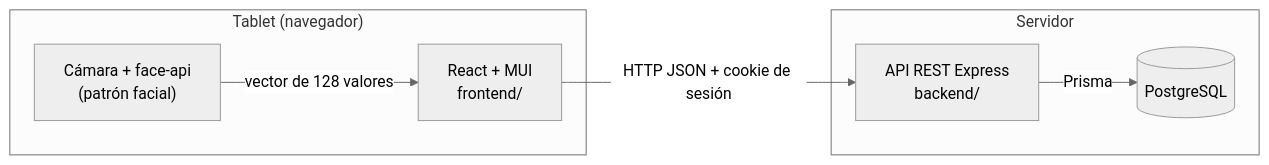
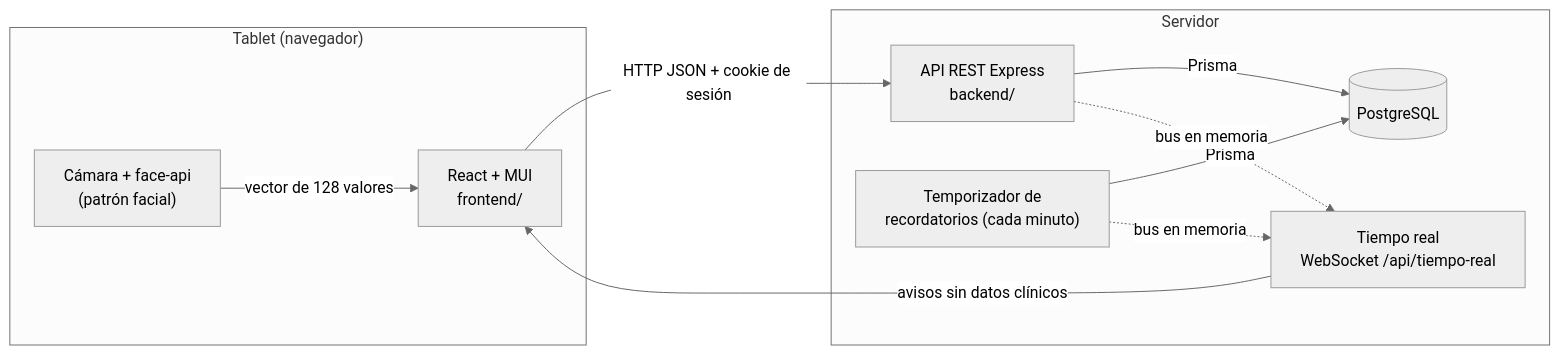
Before and after one commit to Ignacio-dev0/SGSM-RC: the diagram in docs/arquitectura.md, drawn with Mermaid (neutral theme). The commit also changed other lines of this file and 4 other files, not shown here.

Commit message:
docs(recordatorios): ciclo, tiempo real, reconexión ante 4001 y decisiones D20–D25

````diff
--- a/docs/arquitectura.md
+++ b/docs/arquitectura.md
@@ -3,14 +3,20 @@
 ```mermaid
 flowchart LR
   subgraph Tablet["Tablet (navegador)"]
     UI["React + MUI<br/>frontend/"]
     CAM["Cámara + face-api<br/>(patrón facial)"]
   end
   subgraph Servidor
     API["API REST Express<br/>backend/"]
+    WS["Tiempo real<br/>WebSocket /api/tiempo-real"]
+    TMP["Temporizador de<br/>recordatorios (cada minuto)"]
     DB[("PostgreSQL")]
   end
   UI -- "HTTP JSON + cookie de sesión" --> API
+  WS -- "avisos sin datos clínicos" --> UI
   CAM -- "vector de 128 valores" --> UI
   API -- Prisma --> DB
+  TMP -- Prisma --> DB
+  API -. "bus en memoria" .-> WS
+  TMP -. "bus en memoria" .-> WS
 ```
````
